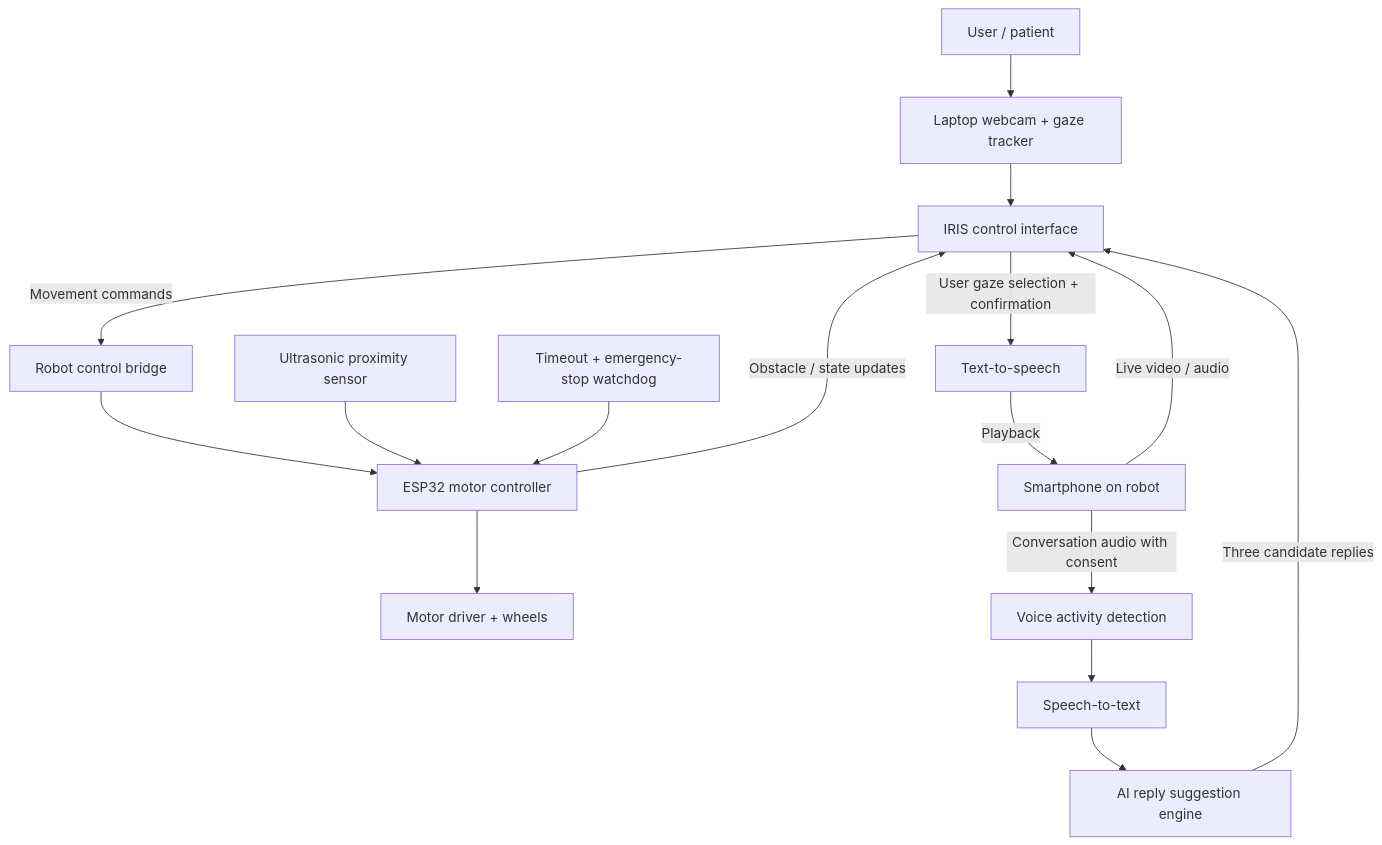
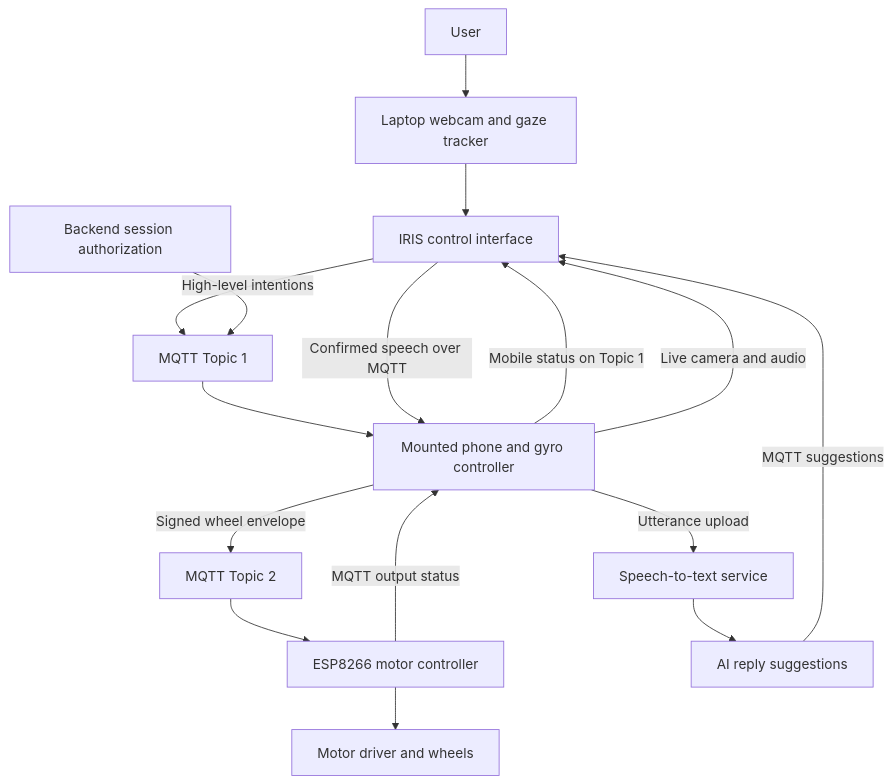
The diagram in docs/idea.md (sahilchabra09/Teekhi_Nazaar), drawn with Mermaid before and after one commit. The commit also changed other lines of this file and 8 other files, not shown here.

Commit message:
docs: standardize robot control on MQTT

````diff
--- a/docs/idea.md
+++ b/docs/idea.md
@@ -114,20 +117,18 @@
 ```mermaid
 flowchart TD
-    U[User / patient] --> G[Laptop webcam + gaze tracker]
+    U[User] --> G[Laptop webcam and gaze tracker]
     G --> UI[IRIS control interface]
-    UI -->|Movement commands| C[Robot control bridge]
-    C --> ESP[ESP32 motor controller]
-    ESP --> MD[Motor driver + wheels]
-    US[Ultrasonic proximity sensor] --> ESP
-    ESP -->|Obstacle / state updates| UI
-
-    PHONE[Smartphone on robot] -->|Live video / audio| UI
-    PHONE -->|Conversation audio with consent| VAD[Voice activity detection]
-    VAD --> STT[Speech-to-text]
-    STT --> LLM[AI reply suggestion engine]
-    LLM -->|Three candidate replies| UI
-    UI -->|User gaze selection + confirmation| TTS[Text-to-speech]
-    TTS -->|Playback| PHONE
-
-    WATCH[Timeout + emergency-stop watchdog] --> ESP
+    UI -->|High-level intentions| T1[MQTT Topic 1]
+    B[Backend session authorization] --> T1
+    T1 --> PHONE[Mounted phone and gyro controller]
+    PHONE -->|Signed wheel envelope| T2[MQTT Topic 2]
+    T2 --> ESP[ESP8266 motor controller]
+    ESP --> MD[Motor driver and wheels]
+    ESP -->|MQTT output status| PHONE
+    PHONE -->|Mobile status on Topic 1| UI
+    PHONE -->|Live camera and audio| UI
+    PHONE -->|Utterance upload| STT[Speech-to-text service]
+    STT --> LLM[AI reply suggestions]
+    LLM -->|MQTT suggestions| UI
+    UI -->|Confirmed speech over MQTT| PHONE
 ```
````
